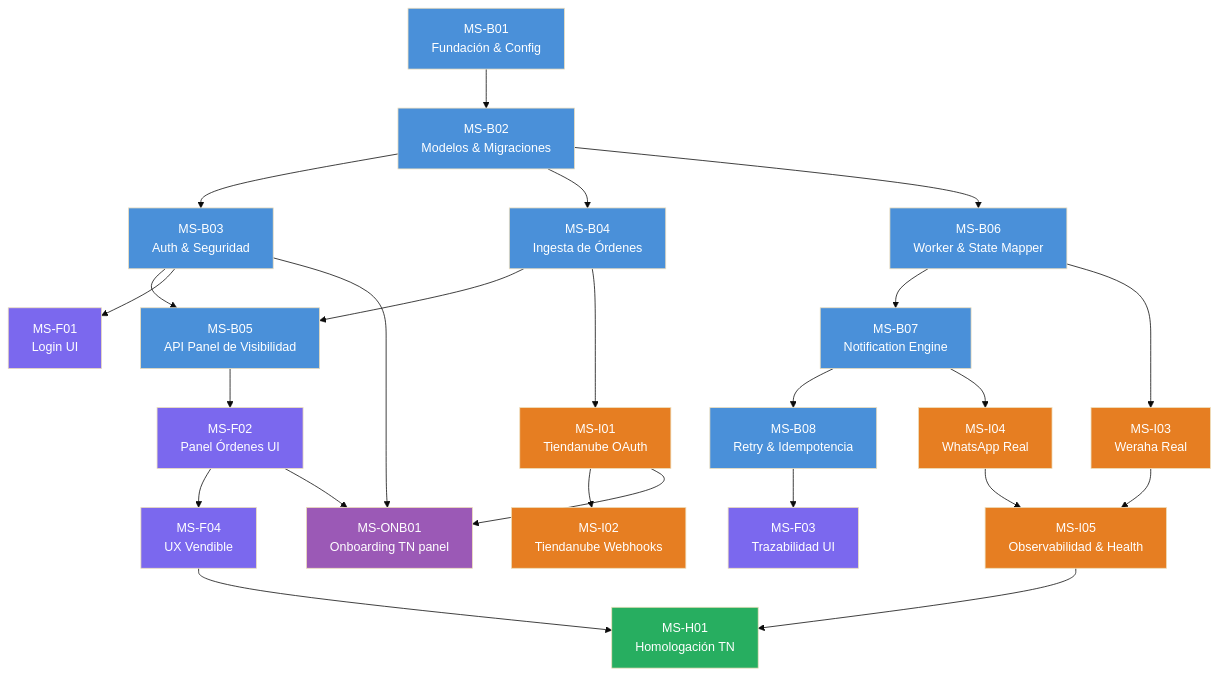
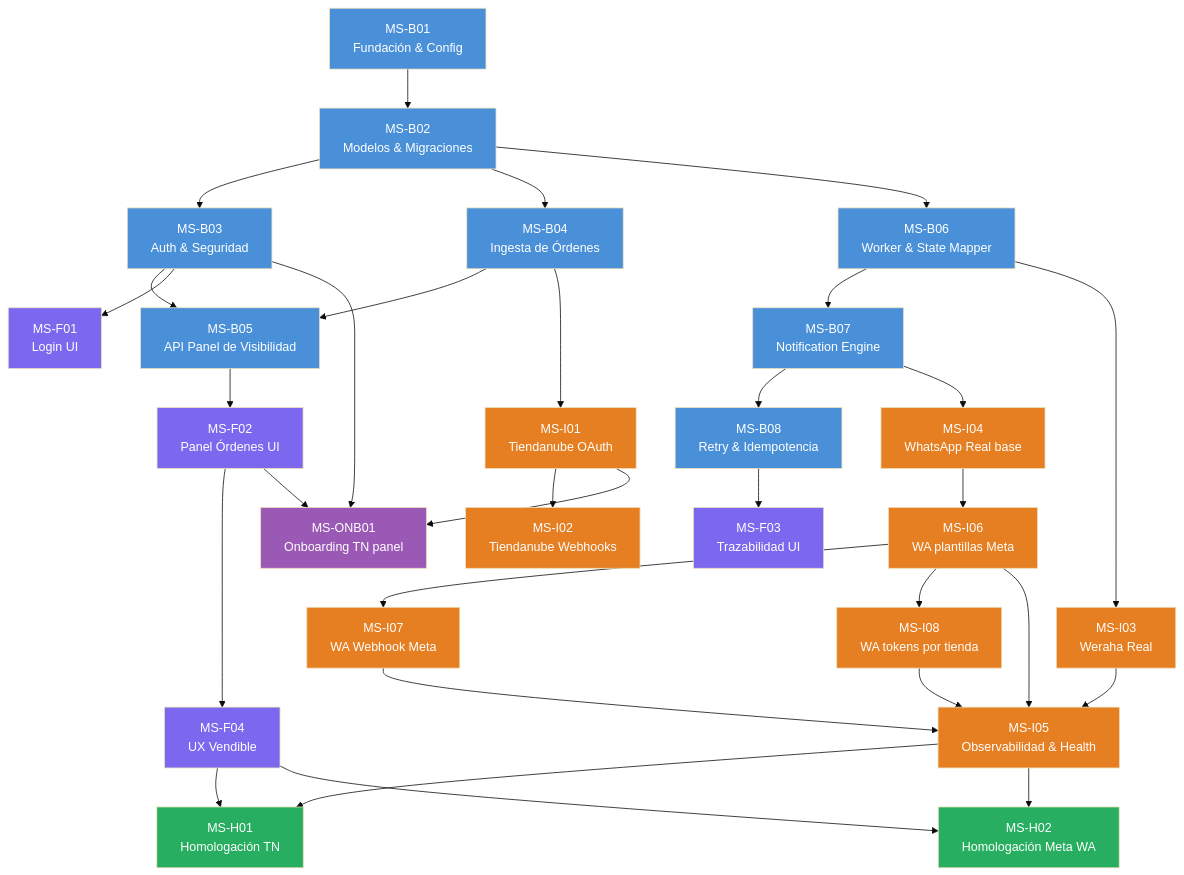
One commit to lbertalot/whatsapp-tracking-assistant changed the diagram in docs/MILESTONES.md. Above: the diagram before and after it, drawn with Mermaid (base theme). The commit also changed other lines of this file and 40 other files, not shown here.

First line of the commit message:
feat: WhatsApp Meta (webhook, settings, plantillas), auth registro, docs MILESTONES

````diff
--- a/docs/MILESTONES.md
+++ b/docs/MILESTONES.md
@@ -23,49 +23,60 @@
 ```mermaid
 flowchart TD
     B01[MS-B01<br>Fundación & Config] --> B02[MS-B02<br>Modelos & Migraciones]
     B02 --> B03[MS-B03<br>Auth & Seguridad]
     B02 --> B04[MS-B04<br>Ingesta de Órdenes]
     B03 --> B05[MS-B05<br>API Panel de Visibilidad]
     B04 --> B05
     B02 --> B06[MS-B06<br>Worker & State Mapper]
     B06 --> B07[MS-B07<br>Notification Engine]
     B07 --> B08[MS-B08<br>Retry & Idempotencia]
 
     B03 --> F01[MS-F01<br>Login UI]
     B05 --> F02[MS-F02<br>Panel Órdenes UI]
     B08 --> F03[MS-F03<br>Trazabilidad UI]
     F02 --> F04[MS-F04<br>UX Vendible]
 
     B04 --> I01[MS-I01<br>Tiendanube OAuth]
     I01 --> I02[MS-I02<br>Tiendanube Webhooks]
     F02 --> ONB01[MS-ONB01<br>Onboarding TN panel]
     I01 --> ONB01
     B03 --> ONB01
     B06 --> I03[MS-I03<br>Weraha Real]
-    B07 --> I04[MS-I04<br>WhatsApp Real]
+    B07 --> I04[MS-I04<br>WhatsApp Real base]
+    I04 --> I06[MS-I06<br>WA plantillas Meta]
+    I06 --> I07[MS-I07<br>WA Webhook Meta]
+    I06 --> I08[MS-I08<br>WA tokens por tienda]
     I03 --> I05[MS-I05<br>Observabilidad & Health]
-    I04 --> I05
+    I06 --> I05
+    I07 --> I05
+    I08 --> I05
 
     I05 --> H01[MS-H01<br>Homologación TN]
+    I05 --> H02[MS-H02<br>Homologación Meta WA]
     F04 --> H01
+    F04 --> H02
 
     style B01 fill:#4A90D9,color:#fff
     style B02 fill:#4A90D9,color:#fff
     style B03 fill:#4A90D9,color:#fff
     style B04 fill:#4A90D9,color:#fff
     style B05 fill:#4A90D9,color:#fff
     style B06 fill:#4A90D9,color:#fff
     style B07 fill:#4A90D9,color:#fff
     style B08 fill:#4A90D9,color:#fff
     style F01 fill:#7B68EE,color:#fff
     style F02 fill:#7B68EE,color:#fff
     style F03 fill:#7B68EE,color:#fff
     style F04 fill:#7B68EE,color:#fff
     style I01 fill:#E67E22,color:#fff
     style I02 fill:#E67E22,color:#fff
     style I03 fill:#E67E22,color:#fff
     style I04 fill:#E67E22,color:#fff
     style I05 fill:#E67E22,color:#fff
+    style I06 fill:#E67E22,color:#fff
+    style I07 fill:#E67E22,color:#fff
+    style I08 fill:#E67E22,color:#fff
     style ONB01 fill:#9B59B6,color:#fff
     style H01 fill:#27AE60,color:#fff
+    style H02 fill:#27AE60,color:#fff
 ```
````
